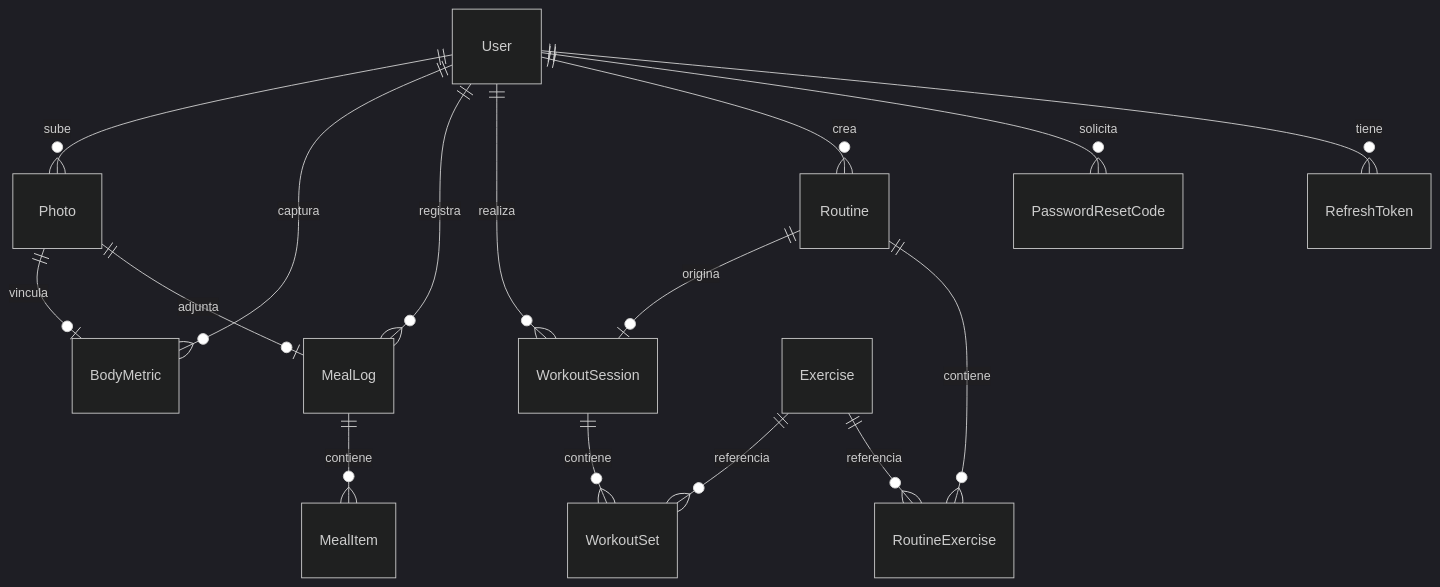
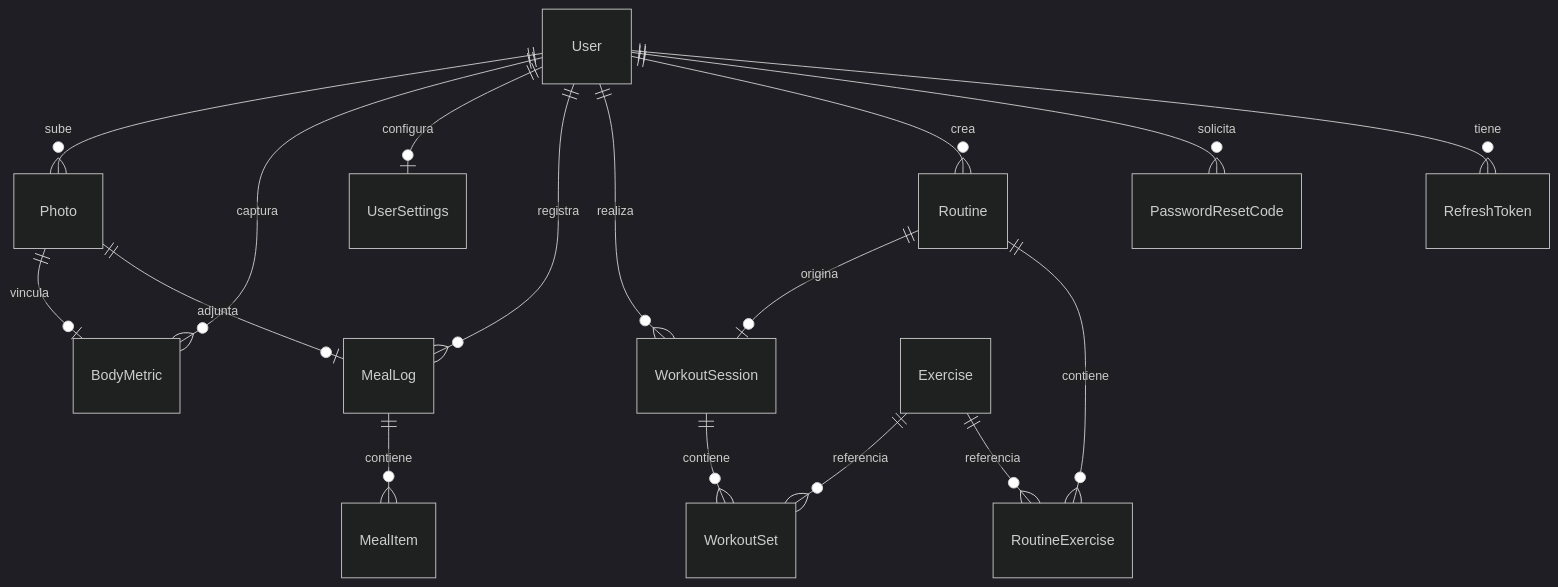
One commit to AlexReyes03/FitTrack360-temporal changed the diagram in docs/specs/05-datos.md. Above: the diagram before and after it, drawn with Mermaid (dark theme). The commit also changed other lines of this file and 11 other files, not shown here.

````diff
--- a/docs/specs/05-datos.md
+++ b/docs/specs/05-datos.md
@@ -22,21 +23,22 @@
 ```mermaid
 erDiagram
   User ||--o{ RefreshToken : tiene
   User ||--o{ PasswordResetCode : solicita
   User ||--o{ Routine : crea
   User ||--o{ WorkoutSession : realiza
   User ||--o{ MealLog : registra
+  User ||--o| UserSettings : configura
   User ||--o{ BodyMetric : captura
   User ||--o{ Photo : sube
 
   Routine ||--o{ RoutineExercise : contiene
   Exercise ||--o{ RoutineExercise : referencia
 
   WorkoutSession ||--o{ WorkoutSet : contiene
   Exercise ||--o{ WorkoutSet : referencia
   Routine ||--o| WorkoutSession : origina
 
   MealLog ||--o{ MealItem : contiene
   Photo ||--o| MealLog : adjunta
   Photo ||--o| BodyMetric : vincula
 ```
````
